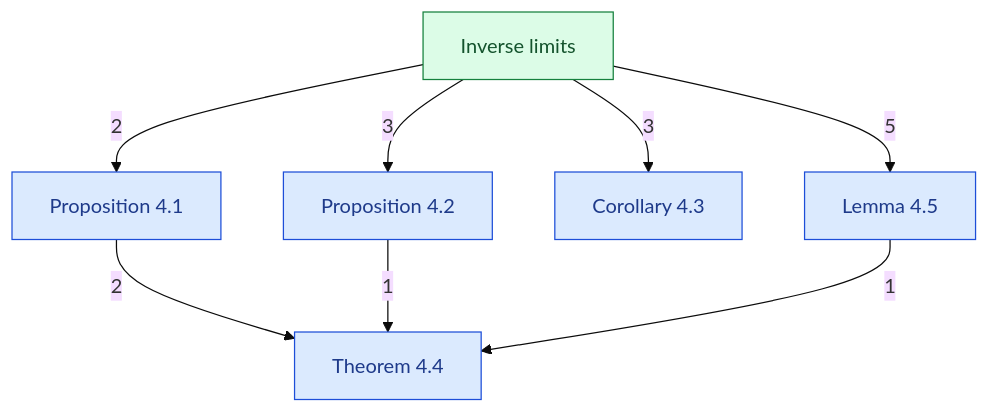
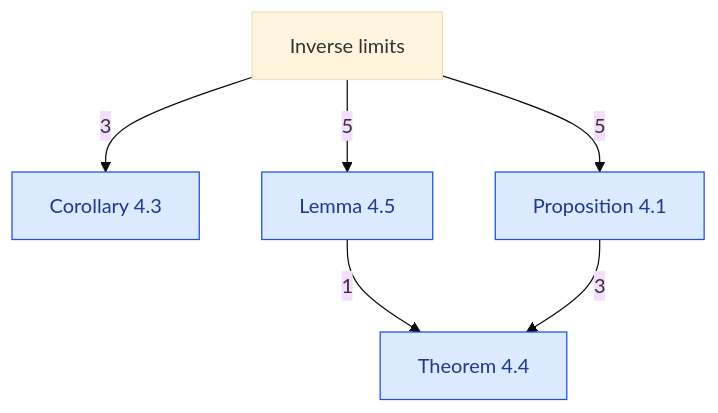
Before and after one commit to catskillsresearch/DomainTheory: the diagram in DomainTheory/1972_Inverse_limits.mermaid, drawn with Mermaid (base theme). The commit also changed 448 other files, not shown here.

First line of the commit message:
Improve arxiv flatten/PDF pipeline and refresh dependency diagrams.

```diff
--- a/DomainTheory/1972_Inverse_limits.mermaid
+++ b/DomainTheory/1972_Inverse_limits.mermaid
@@ -1,21 +1,20 @@
 %% Notes of the inverse-limits section.
 %% Arrowhead on the importer. The number is a direct-import count.
 %% An arrow already implied by a longer path is omitted.
 flowchart TB
+
+  C43["Corollary 4.3"]
   IL["Inverse limits"]
+  L45["Lemma 4.5"]
   P41["Proposition 4.1"]
-  P42["Proposition 4.2"]
-  C43["Corollary 4.3"]
   T44["Theorem 4.4"]
-  L45["Lemma 4.5"]
-  IL -->|"2"| P41
-  IL -->|"3"| P42
+
   IL -->|"3"| C43
   IL -->|"5"| L45
-  P41 -->|"2"| T44
-  P42 -->|"1"| T44
+  IL -->|"5"| P41
   L45 -->|"1"| T44
+  P41 -->|"3"| T44
+
   classDef concept fill:#dcfce7,stroke:#15803d,color:#14532d
   classDef numbered fill:#dbeafe,stroke:#1d4ed8,color:#1e3a8a
-  class IL concept
-  class P41,P42,C43,T44,L45 numbered
+  class P41,C43,T44,L45 numbered
```
